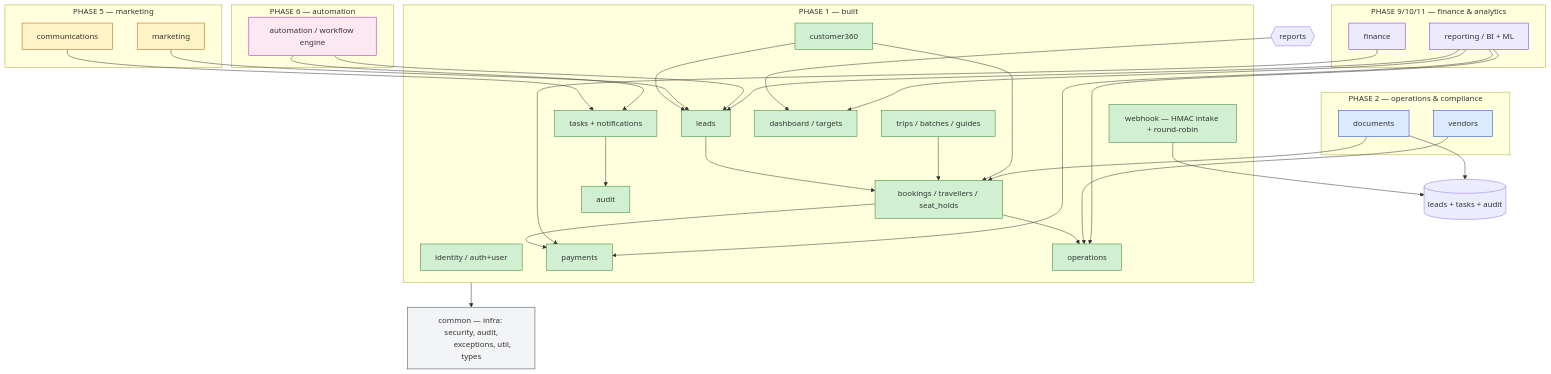
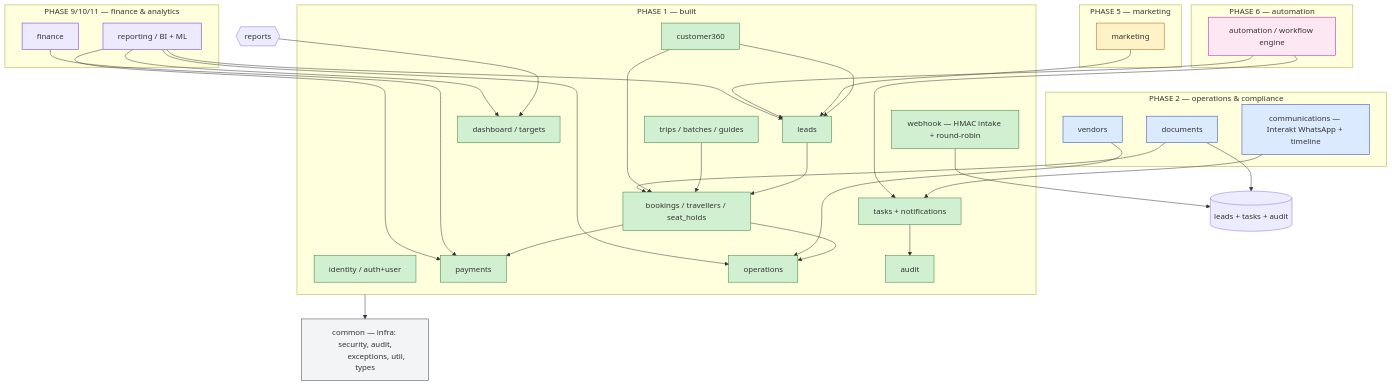
Before and after one commit to anilrana004/crm: the diagram in architecture/diagrams/module-map.md, drawn with Mermaid. The commit also changed other lines of this file and 113 other files, not shown here.

````diff
--- a/architecture/diagrams/module-map.md
+++ b/architecture/diagrams/module-map.md
@@ -6,75 +6,76 @@
 ```mermaid
 flowchart TB
     subgraph phase1["PHASE 1 — built"]
         identity[identity / auth+user]
         leads[leads]
         trips[trips / batches / guides]
         bookings[bookings / travellers / seat_holds]
         payments[payments]
         operations[operations]
         customers[customer360]
         tasks[tasks + notifications]
         audit[audit]
         dashboard[dashboard / targets]
         webhook[webhook — HMAC intake + round-robin]
     end
 
     subgraph phase2["PHASE 2 — operations & compliance"]
         documents[documents]
         vendors[vendors]
+        communications[communications — Interakt WhatsApp + timeline]
     end
 
     subgraph phase5["PHASE 5 — marketing"]
         marketing[marketing]
-        communications[communications]
     end
 
     subgraph phase6["PHASE 6 — automation"]
         automation[automation / workflow engine]
     end
 
     subgraph phase9_10["PHASE 9/10/11 — finance & analytics"]
         finance[finance]
         reporting[reporting / BI + ML]
     end
 
     common[common — infra: security, audit,
             exceptions, util, types]
 
     webhook --> leadscoring[(leads + tasks + audit)]
     leads --> bookings
     trips --> bookings
     bookings --> payments
     bookings --> operations
     customers --> bookings
     customers --> leads
     tasks --> audit
     reports{{reports}} --> dashboard
 
     phase1 --> common
     documents --> leadscoring
     documents --> bookings
     vendors --> operations
     marketing --> leads
     communications --> tasks
     automation --> tasks
     automation --> leads
     finance --> payments
     reporting --> dashboard
     reporting --> payments
     reporting --> leads
     reporting --> operations
 
     classDef ph1 fill:#d1f0d1,stroke:#2e7d32
     classDef ph2 fill:#dbeafe,stroke:#1e40af
     classDef ph5 fill:#fef3c7,stroke:#b45309
     classDef ph6 fill:#fce7f3,stroke:#a21caf
     classDef ph9 fill:#ede9fe,stroke:#6d28d9
     classDef inf fill:#f3f4f6,stroke:#374151
     class identity,leads,trips,bookings,payments,operations,customers,tasks,audit,dashboard,webhook ph1
     class documents,vendors ph2
-    class marketing,communications ph5
+    class communications ph2
+    class marketing ph5
     class automation ph6
     class finance,reporting ph9
     class common inf
 ```
````
